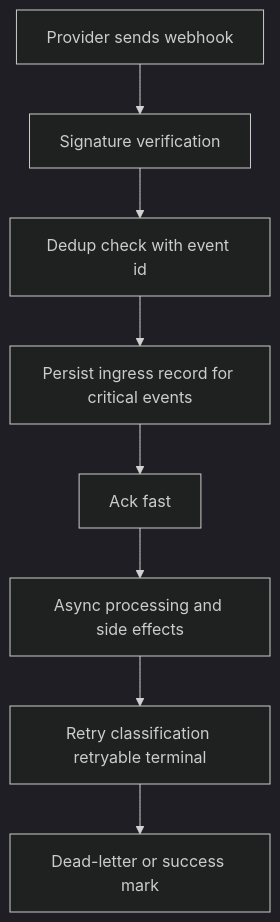
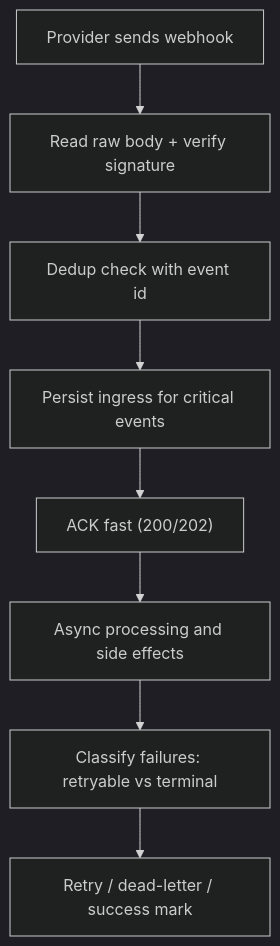
One commit to GrupoUS/gpus changed the third of 5 diagrams in .agent/skills/backend-design/references/request-lifecycle.md. Above: the diagram before and after it, drawn with Mermaid (dark theme). The commit also changed other lines of this file and 58 other files, not shown here.

````diff
--- a/.agent/skills/backend-design/references/request-lifecycle.md
+++ b/.agent/skills/backend-design/references/request-lifecycle.md
@@ -37,10 +38,10 @@
 ```mermaid
 flowchart TD
-    A[Provider sends webhook] --> B[Signature verification]
-    B --> C[Dedup check with event id]
-    C --> D[Persist ingress record for critical events]
-    D --> E[Ack fast]
-    E --> F[Async processing and side effects]
-    F --> G[Retry classification retryable terminal]
-    G --> H[Dead-letter or success mark]
+    A["Provider sends webhook"] --> B["Read raw body + verify signature"]
+    B --> C["Dedup check with event id"]
+    C --> D["Persist ingress for critical events"]
+    D --> E["ACK fast (200/202)"]
+    E --> F["Async processing and side effects"]
+    F --> G["Classify failures: retryable vs terminal"]
+    G --> H["Retry / dead-letter / success mark"]
 ```
````
